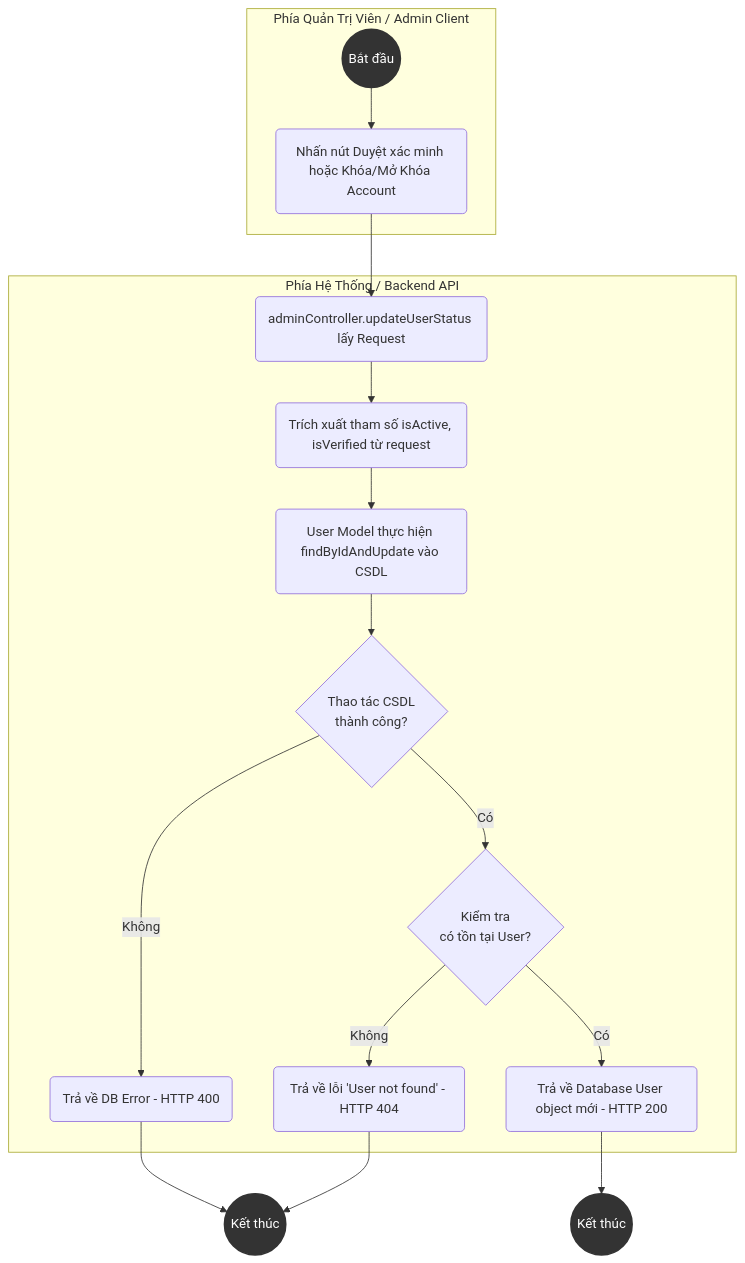
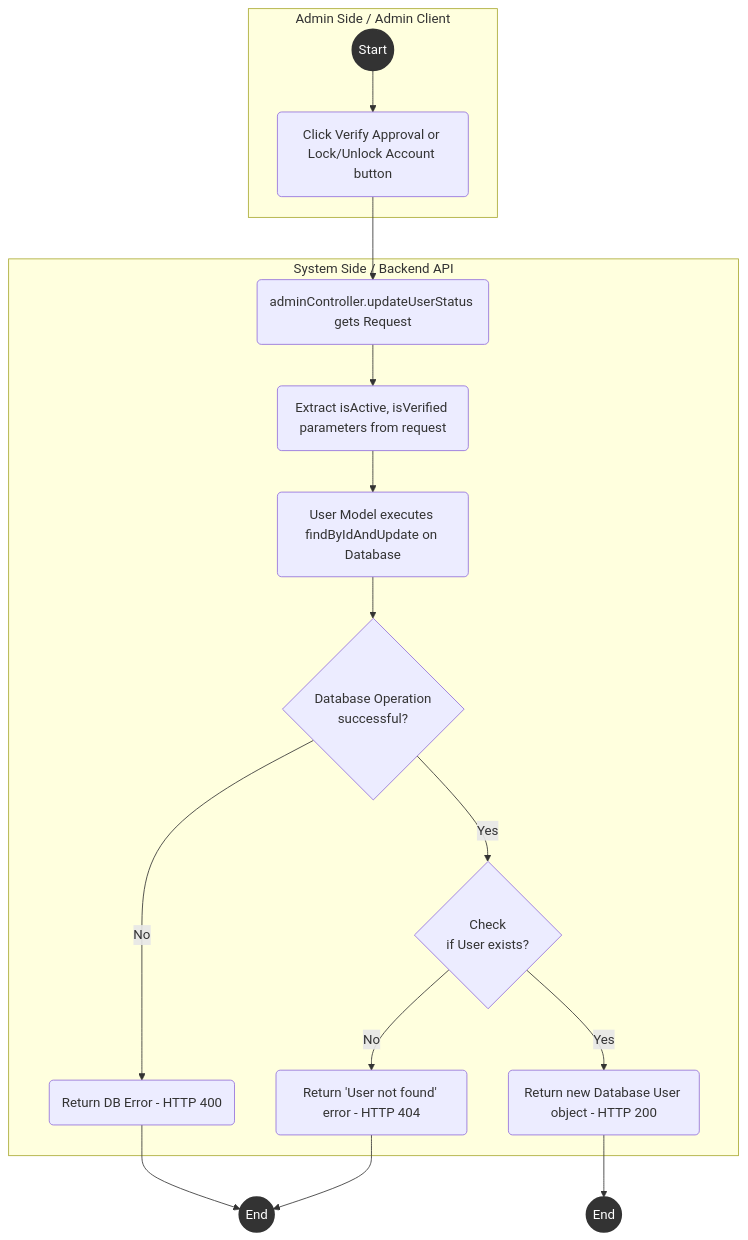
The seventh of 8 diagrams in UC_Backend_Activity_Diagrams.md (dat-21/SWD392), drawn with Mermaid before and after one commit. The commit also changed other lines of this file and 1 other file, not shown here.

````diff
--- a/UC_Backend_Activity_Diagrams.md
+++ b/UC_Backend_Activity_Diagrams.md
@@ -256,34 +256,34 @@
 ```mermaid
 flowchart TD
     style Start fill:#333,stroke:#333,stroke-width:2px,color:#fff
     style End1 fill:#333,stroke:#333,stroke-width:2px,color:#fff
     style End2 fill:#333,stroke:#333,stroke-width:2px,color:#fff
 
-    subgraph Admin [Phía Quản Trị Viên / Admin Client]
-        Start((Bắt đầu)) --> U1(Nhấn nút Duyệt xác minh hoặc Khóa/Mở Khóa Account)
+    subgraph Admin [Admin Side / Admin Client]
+        Start((Start)) --> U1(Click Verify Approval or Lock/Unlock Account button)
     end
 
-    subgraph System [Phía Hệ Thống / Backend API]
-        S1(adminController.updateUserStatus lấy Request)
-        S2(Trích xuất tham số isActive, isVerified từ request)
-        S3(User Model thực hiện findByIdAndUpdate vào CSDL)
-        S4{Thao tác CSDL<br/>thành công?}
-        S5(Trả về DB Error - HTTP 400)
-        S6{Kiểm tra<br/>có tồn tại User?}
-        S7(Trả về lỗi 'User not found' - HTTP 404)
-        S8(Trả về Database User object mới - HTTP 200)
+    subgraph System [System Side / Backend API]
+        S1(adminController.updateUserStatus gets Request)
+        S2(Extract isActive, isVerified parameters from request)
+        S3(User Model executes findByIdAndUpdate on Database)
+        S4{Database Operation<br/>successful?}
+        S5(Return DB Error - HTTP 400)
+        S6{Check<br/>if User exists?}
+        S7(Return 'User not found' error - HTTP 404)
+        S8(Return new Database User object - HTTP 200)
     end
 
     U1 --> S1
     S1 --> S2
     S2 --> S3
     S3 --> S4
-    S4 -- Không --> S5
-    S4 -- Có --> S6
-    S6 -- Không --> S7
-    S6 -- Có --> S8
+    S4 -- No --> S5
+    S4 -- Yes --> S6
+    S6 -- No --> S7
+    S6 -- Yes --> S8
 
-    S5 --> End1((Kết thúc))
+    S5 --> End1((End))
     S7 --> End1
-    S8 --> End2((Kết thúc))
+    S8 --> End2((End))
 ```
````
